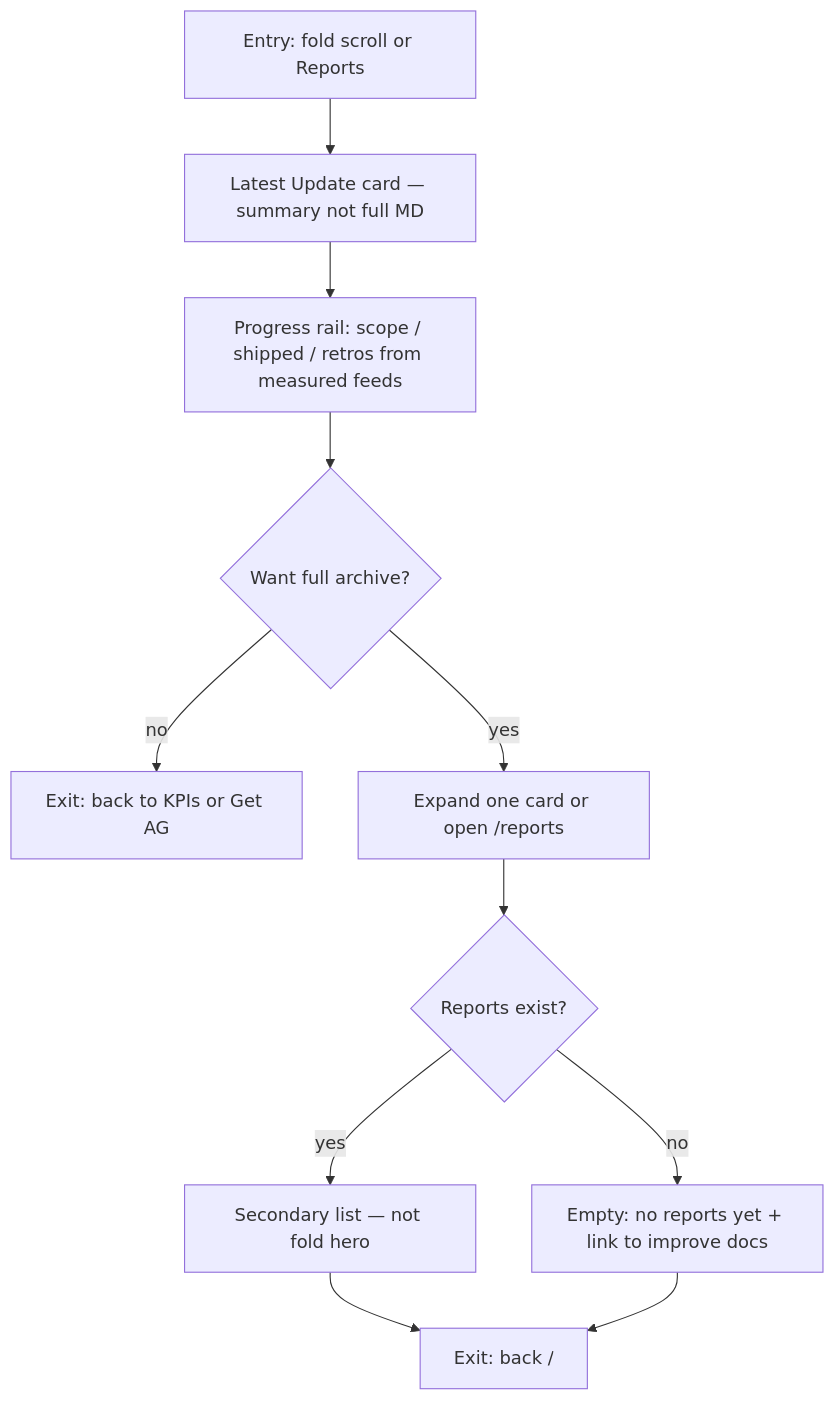
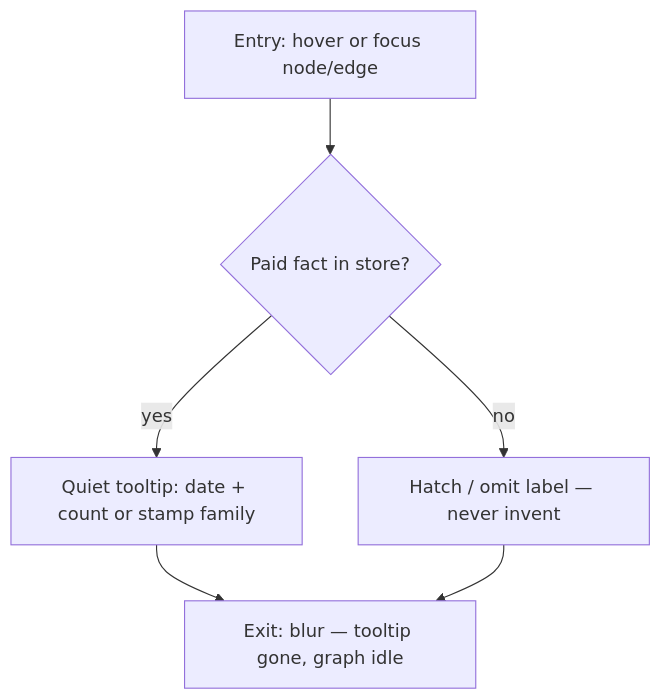
One commit to paulthorson/agentic-governance changed the second of 7 diagrams in dashboard/docs/ux/userflows.md. Above: the diagram before and after it, drawn with Mermaid. The commit also changed other lines of this file and 11 other files, not shown here.

First line of the commit message:
UX: Check 7+8 living-graph splash

````diff
--- a/dashboard/docs/ux/userflows.md
+++ b/dashboard/docs/ux/userflows.md
@@ -41,13 +41,8 @@
 ```mermaid
 flowchart TD
-  E2[Entry: fold scroll or Reports] --> U1[Latest Update card — summary not full MD]
-  U1 --> P1[Progress rail: scope / shipped / retros from measured feeds]
-  P1 --> R1{Want full archive?}
-  R1 -->|no| X1[Exit: back to KPIs or Get AG]
-  R1 -->|yes| R2[Expand one card or open /reports]
-  R2 --> R3{Reports exist?}
-  R3 -->|yes| R4[Secondary list — not fold hero]
-  R3 -->|no| R5[Empty: no reports yet + link to improve docs]
-  R4 --> X2[Exit: back /]
-  R5 --> X2
+  E2[Entry: hover or focus node/edge] --> Q1{Paid fact in store?}
+  Q1 -->|yes| T1[Quiet tooltip: date + count or stamp family]
+  Q1 -->|no| T2[Hatch / omit label — never invent]
+  T1 --> X1[Exit: blur — tooltip gone, graph idle]
+  T2 --> X1
 ```
````
